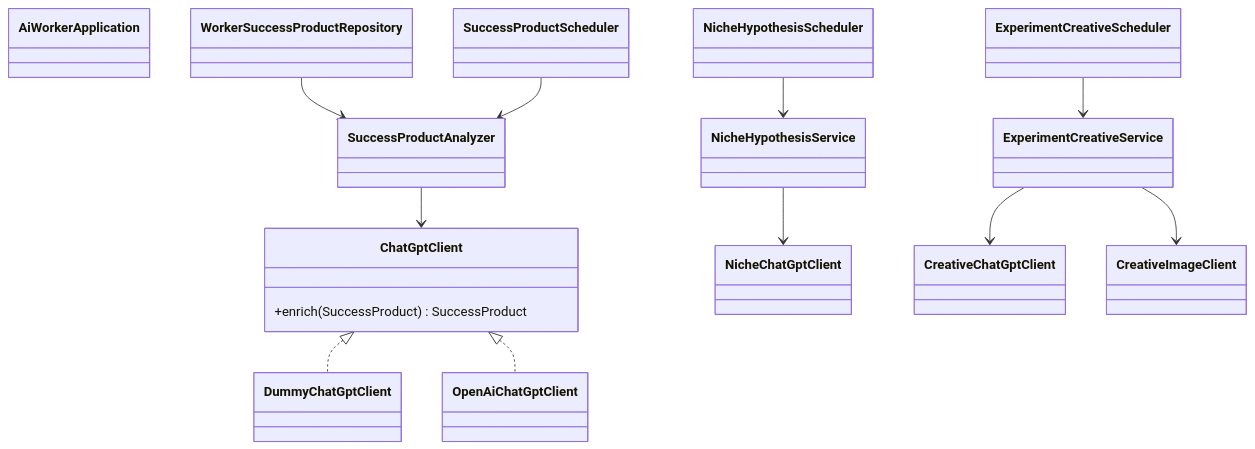
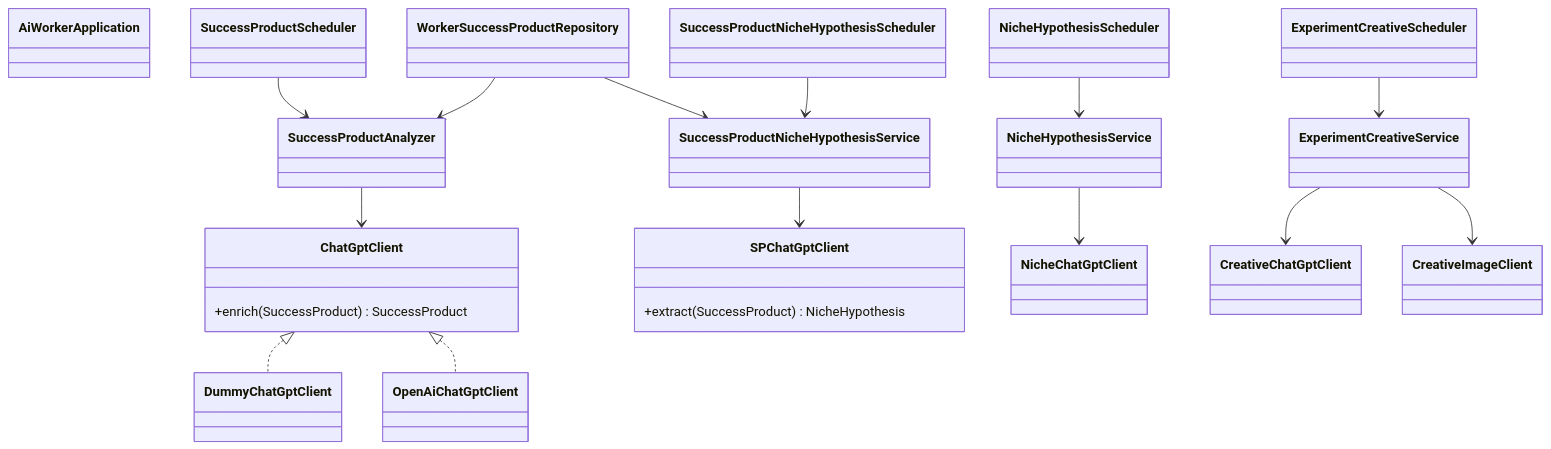
One commit to paulofor/marketing-hub changed the diagram in docs/ai-worker/class-diagram.md. Above: the diagram before and after it, drawn with Mermaid. The commit also changed 2 other files, not shown here.

Commit message:
docs: document success product service

````diff
--- a/docs/ai-worker/class-diagram.md
+++ b/docs/ai-worker/class-diagram.md
@@ -3,25 +3,34 @@
 ```mermaid
 classDiagram
     class AiWorkerApplication
     class SuccessProductAnalyzer
     class SuccessProductScheduler
     class ChatGptClient {
         +enrich(SuccessProduct) SuccessProduct
     }
     ChatGptClient <|.. DummyChatGptClient
     ChatGptClient <|.. OpenAiChatGptClient
     SuccessProductAnalyzer --> ChatGptClient
     WorkerSuccessProductRepository --> SuccessProductAnalyzer
     SuccessProductScheduler --> SuccessProductAnalyzer
 
+    class SuccessProductNicheHypothesisService
+    class SuccessProductNicheHypothesisScheduler
+    class SPChatGptClient {
+        +extract(SuccessProduct) NicheHypothesis
+    }
+    SuccessProductNicheHypothesisService --> SPChatGptClient
+    WorkerSuccessProductRepository --> SuccessProductNicheHypothesisService
+    SuccessProductNicheHypothesisScheduler --> SuccessProductNicheHypothesisService
+
     class NicheHypothesisService
     class NicheHypothesisScheduler
     class ExperimentCreativeService
     class ExperimentCreativeScheduler
 
     NicheHypothesisScheduler --> NicheHypothesisService
     ExperimentCreativeScheduler --> ExperimentCreativeService
     NicheHypothesisService --> NicheChatGptClient
     ExperimentCreativeService --> CreativeChatGptClient
     ExperimentCreativeService --> CreativeImageClient
 ```
````
